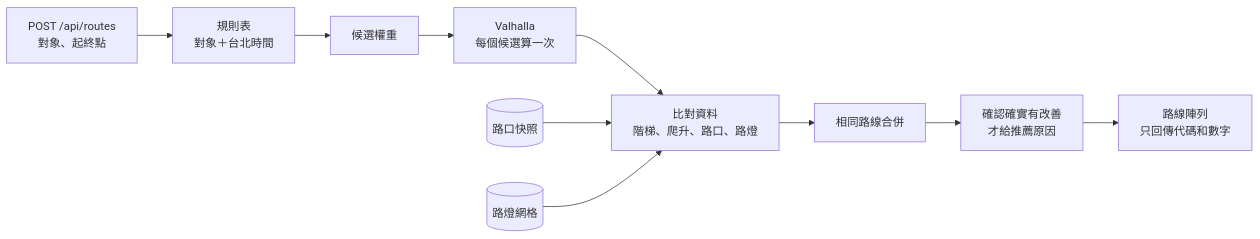
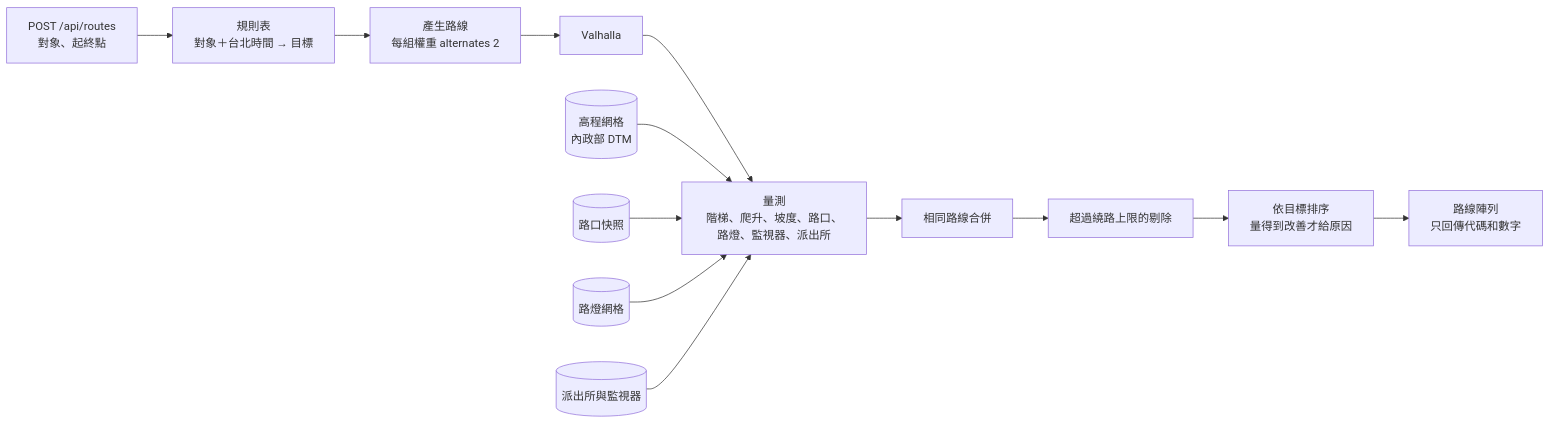
Before and after one commit to EricChan0519/2026CodeFest: the diagram in docs/arrow-nav/02-route-candidates.md, drawn with Mermaid. The commit also changed other lines of this file and 6 other files, not shown here.

````diff
--- a/docs/arrow-nav/02-route-candidates.md
+++ b/docs/arrow-nav/02-route-candidates.md
@@ -26,12 +30,15 @@
 ```mermaid
 flowchart LR
-  req["POST /api/routes<br/>對象、起終點"] --> rules["規則表<br/>對象＋台北時間"]
-  rules --> w["候選權重"]
-  w --> v["Valhalla<br/>每個候選算一次"]
-  v --> m["比對資料<br/>階梯、爬升、路口、路燈"]
+  req["POST /api/routes<br/>對象、起終點"] --> rules["規則表<br/>對象＋台北時間 → 目標"]
+  rules --> gen["產生路線<br/>每組權重 alternates 2"]
+  gen --> v["Valhalla"]
+  v --> m["量測<br/>階梯、爬升、坡度、路口、路燈、監視器、派出所"]
+  dtm[("高程網格<br/>內政部 DTM")] --> m
   crossings[("路口快照")] --> m
   lamps[("路燈網格")] --> m
+  safety[("派出所與監視器")] --> m
   m --> dedupe["相同路線合併"]
-  dedupe --> pick["確認確實有改善<br/>才給推薦原因"]
+  dedupe --> cap["超過繞路上限的剔除"]
+  cap --> pick["依目標排序<br/>量得到改善才給原因"]
   pick --> res["路線陣列<br/>只回傳代碼和數字"]
 ```
````
